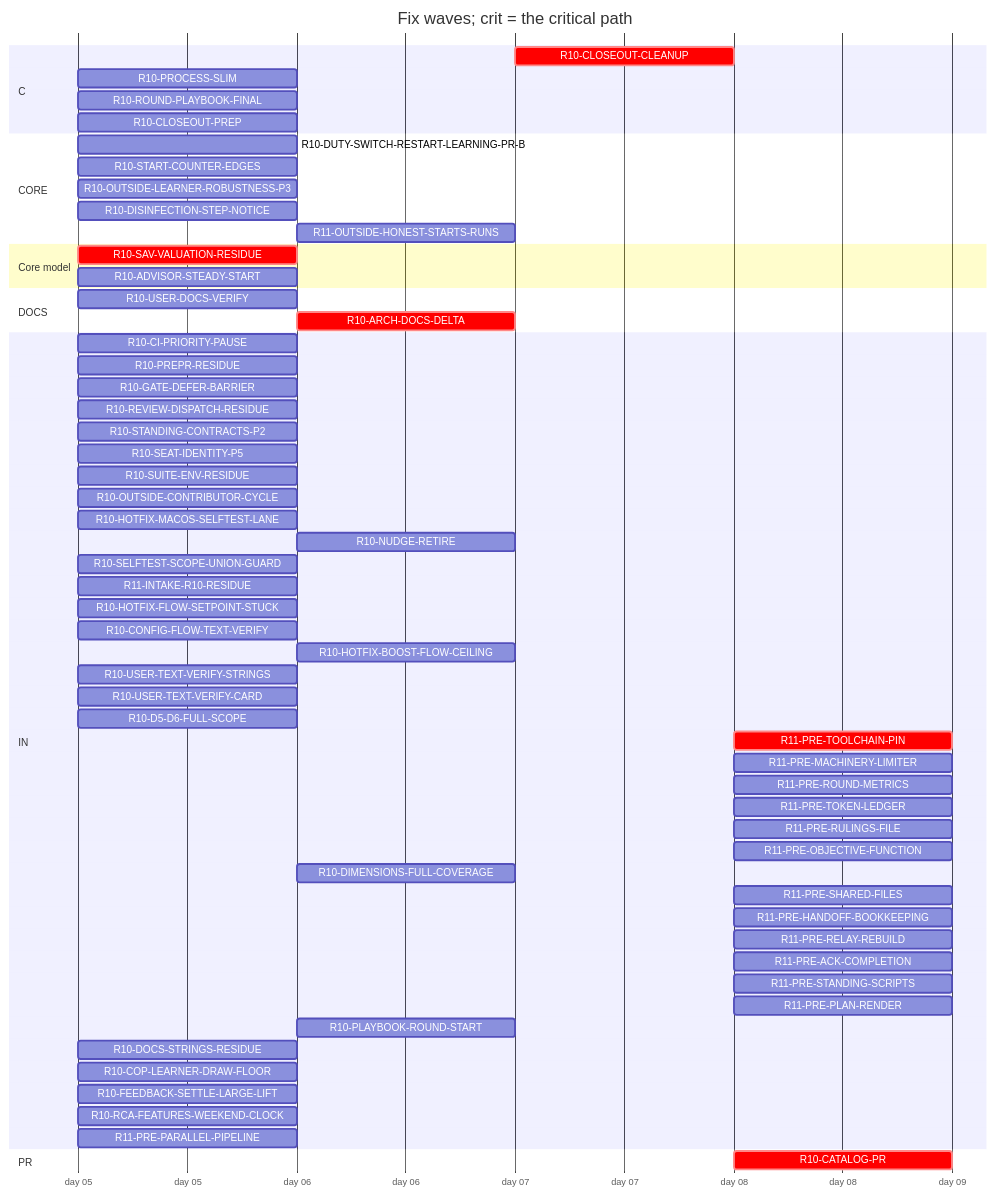
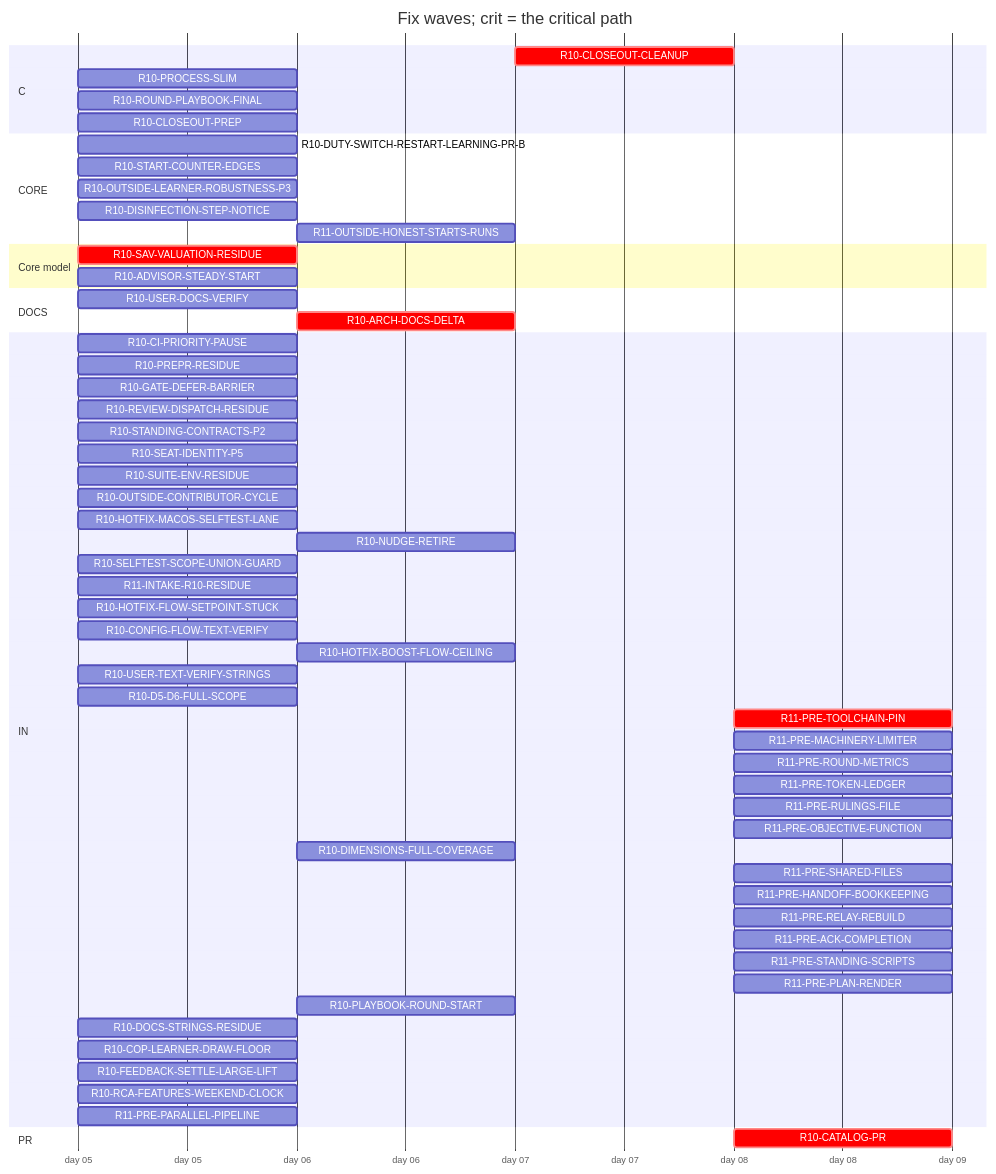
The diagram in handoff/round10/state/PLAN-TABLE.md (tvofi/heatpump_optimizer), drawn with Mermaid before and after one commit. The commit also changed other lines of this file and 3 other files, not shown here.

Commit message:
state: FLOW-BOARD.md, NEXT-SESSION-PROMPT.md, PLAN-TABLE.md, RESUME-CURRENT.md regenerated (state_docs.py)

````diff
--- a/handoff/round10/state/PLAN-TABLE.md
+++ b/handoff/round10/state/PLAN-TABLE.md
@@ -19,63 +19,62 @@
 ```mermaid
 gantt
   title Fix waves; crit = the critical path
   dateFormat YYYY-MM-DD
   axisFormat day %d
   section C
     R10-CLOSEOUT-CLEANUP :crit, r10CLOSEOUTCLEANUP, after r10USERDOCSVERIFY r10CLOSEOUTPREP r10ARCHDOCSDELTA, 1d
     R10-PROCESS-SLIM :r10PROCESSSLIM, 2026-01-05, 1d
     R10-ROUND-PLAYBOOK-FINAL :r10ROUNDPLAYBOOKFINAL, 2026-01-05, 1d
     R10-CLOSEOUT-PREP :r10CLOSEOUTPREP, 2026-01-05, 1d
   section CORE
     R10-DUTY-SWITCH-RESTART-LEARNING-PR-B :r10DUTYSWITCHRESTARTLEARNINGPRB, 2026-01-05, 1d
     R10-START-COUNTER-EDGES :r10STARTCOUNTEREDGES, 2026-01-05, 1d
     R10-OUTSIDE-LEARNER-ROBUSTNESS-P3 :r10OUTSIDELEARNERROBUSTNESSP3, 2026-01-05, 1d
     R10-DISINFECTION-STEP-NOTICE :r10DISINFECTIONSTEPNOTICE, 2026-01-05, 1d
     R11-OUTSIDE-HONEST-STARTS-RUNS :r11OUTSIDEHONESTSTARTSRUNS, after r10ADVISORSTEADYSTART, 1d
   section Core model
     R10-SAV-VALUATION-RESIDUE :crit, r10SAVVALUATIONRESIDUE, 2026-01-05, 1d
     R10-ADVISOR-STEADY-START :r10ADVISORSTEADYSTART, 2026-01-05, 1d
   section DOCS
     R10-USER-DOCS-VERIFY :r10USERDOCSVERIFY, 2026-01-05, 1d
     R10-ARCH-DOCS-DELTA :crit, r10ARCHDOCSDELTA, after r10SAVVALUATIONRESIDUE r10ADVISORSTEADYSTART, 1d
   section IN
     R10-CI-PRIORITY-PAUSE :r10CIPRIORITYPAUSE, 2026-01-05, 1d
     R10-PREPR-RESIDUE :r10PREPRRESIDUE, 2026-01-05, 1d
     R10-GATE-DEFER-BARRIER :r10GATEDEFERBARRIER, 2026-01-05, 1d
     R10-REVIEW-DISPATCH-RESIDUE :r10REVIEWDISPATCHRESIDUE, 2026-01-05, 1d
     R10-STANDING-CONTRACTS-P2 :r10STANDINGCONTRACTSP2, 2026-01-05, 1d
     R10-SEAT-IDENTITY-P5 :r10SEATIDENTITYP5, 2026-01-05, 1d
     R10-SUITE-ENV-RESIDUE :r10SUITEENVRESIDUE, 2026-01-05, 1d
     R10-OUTSIDE-CONTRIBUTOR-CYCLE :r10OUTSIDECONTRIBUTORCYCLE, 2026-01-05, 1d
     R10-HOTFIX-MACOS-SELFTEST-LANE :r10HOTFIXMACOSSELFTESTLANE, 2026-01-05, 1d
     R10-NUDGE-RETIRE :r10NUDGERETIRE, after r10ROUNDPLAYBOOKFINAL, 1d
     R10-SELFTEST-SCOPE-UNION-GUARD :r10SELFTESTSCOPEUNIONGUARD, 2026-01-05, 1d
     R11-INTAKE-R10-RESIDUE :r11INTAKER10RESIDUE, 2026-01-05, 1d
     R10-HOTFIX-FLOW-SETPOINT-STUCK :r10HOTFIXFLOWSETPOINTSTUCK, 2026-01-05, 1d
     R10-CONFIG-FLOW-TEXT-VERIFY :r10CONFIGFLOWTEXTVERIFY, 2026-01-05, 1d
     R10-HOTFIX-BOOST-FLOW-CEILING :r10HOTFIXBOOSTFLOWCEILING, after r10HOTFIXFLOWSETPOINTSTUCK, 1d
     R10-USER-TEXT-VERIFY-STRINGS :r10USERTEXTVERIFYSTRINGS, 2026-01-05, 1d
-    R10-USER-TEXT-VERIFY-CARD :r10USERTEXTVERIFYCARD, 2026-01-05, 1d
     R10-D5-D6-FULL-SCOPE :r10D5D6FULLSCOPE, 2026-01-05, 1d
     R11-PRE-TOOLCHAIN-PIN :crit, r11PRETOOLCHAINPIN, after r10CATALOGPR, 1d
     R11-PRE-MACHINERY-LIMITER :r11PREMACHINERYLIMITER, after r10CATALOGPR, 1d
     R11-PRE-ROUND-METRICS :r11PREROUNDMETRICS, after r10CATALOGPR, 1d
     R11-PRE-TOKEN-LEDGER :r11PRETOKENLEDGER, after r10CATALOGPR, 1d
     R11-PRE-RULINGS-FILE :r11PRERULINGSFILE, after r10CATALOGPR, 1d
     R11-PRE-OBJECTIVE-FUNCTION :r11PREOBJECTIVEFUNCTION, after r10CATALOGPR, 1d
     R10-DIMENSIONS-FULL-COVERAGE :r10DIMENSIONSFULLCOVERAGE, after r10D5D6FULLSCOPE, 1d
     R11-PRE-SHARED-FILES :r11PRESHAREDFILES, after r10CATALOGPR, 1d
     R11-PRE-HANDOFF-BOOKKEEPING :r11PREHANDOFFBOOKKEEPING, after r10CATALOGPR, 1d
     R11-PRE-RELAY-REBUILD :r11PRERELAYREBUILD, after r10CATALOGPR, 1d
     R11-PRE-ACK-COMPLETION :r11PREACKCOMPLETION, after r10CATALOGPR, 1d
     R11-PRE-STANDING-SCRIPTS :r11PRESTANDINGSCRIPTS, after r10CATALOGPR, 1d
     R11-PRE-PLAN-RENDER :r11PREPLANRENDER, after r10CATALOGPR, 1d
     R10-PLAYBOOK-ROUND-START :r10PLAYBOOKROUNDSTART, after r10ROUNDPLAYBOOKFINAL, 1d
     R10-DOCS-STRINGS-RESIDUE :r10DOCSSTRINGSRESIDUE, 2026-01-05, 1d
     R10-COP-LEARNER-DRAW-FLOOR :r10COPLEARNERDRAWFLOOR, 2026-01-05, 1d
     R10-FEEDBACK-SETTLE-LARGE-LIFT :r10FEEDBACKSETTLELARGELIFT, 2026-01-05, 1d
     R10-RCA-FEATURES-WEEKEND-CLOCK :r10RCAFEATURESWEEKENDCLOCK, 2026-01-05, 1d
     R11-PRE-PARALLEL-PIPELINE :r11PREPARALLELPIPELINE, 2026-01-05, 1d
   section PR
     R10-CATALOG-PR :crit, r10CATALOGPR, after r10USERDOCSVERIFY r10CLOSEOUTCLEANUP r10CLOSEOUTPREP r10ARCHDOCSDELTA, 1d
 ```
````
